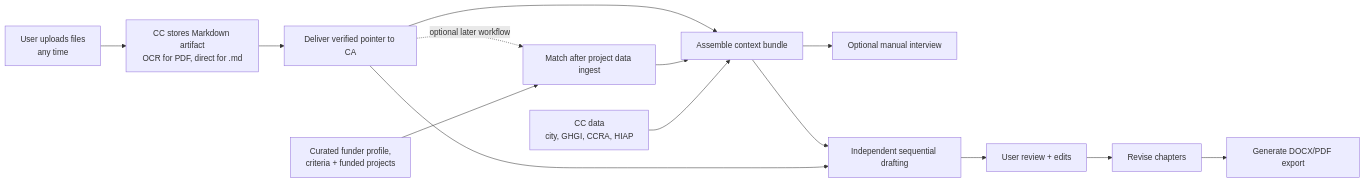
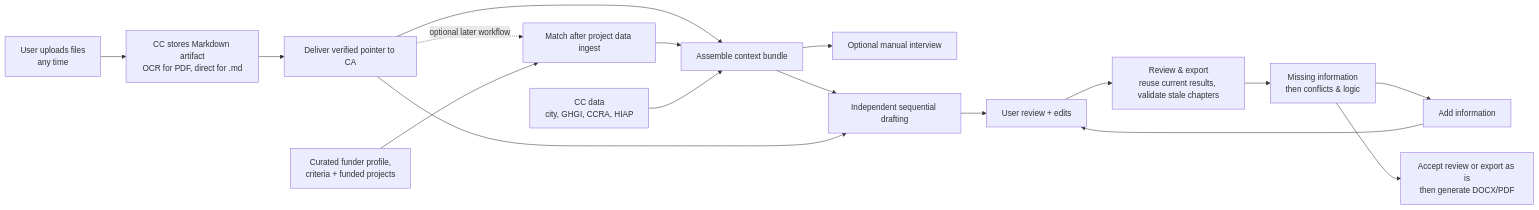
The second of 14 diagrams in docs/ConceptNoteBuilderArchitecture.md (Open-Earth-Foundation/CityCatalyst), drawn with Mermaid before and after one commit. The commit also changed other lines of this file and 42 other files, not shown here.

Commit message:
feat(cnb): add guided CityCatalyst review and export

````diff
--- a/docs/ConceptNoteBuilderArchitecture.md
+++ b/docs/ConceptNoteBuilderArchitecture.md
@@ -190,20 +197,23 @@
 ```mermaid
 flowchart LR
     Context["Assemble context bundle"]
     Context --> Interview["Optional manual interview"]
     Context --> Draft["Independent sequential drafting"]
     Draft --> Review["User review + edits"]
-    Review --> Revise["Revise chapters"]
-    Revise --> Export["Generate DOCX/PDF export"]
+    Review --> Validate["Review & export<br/>reuse current results, validate stale chapters"]
+    Validate --> Decision["Missing information<br/>then conflicts & logic"]
+    Decision --> Revise["Add information"]
+    Revise --> Review
+    Decision --> Export["Accept review or export as is<br/>then generate DOCX/PDF"]
 
     Upload["User uploads files<br/>any time"] --> Convert["CC stores Markdown artifact<br/>OCR for PDF, direct for .md"]
     Convert --> Ingest["Deliver verified pointer to CA"]
     Ingest --> Context
     Ingest --> Draft
 
     Ingest -. optional later workflow .-> Match["Match after project data ingest"]
     Research["Curated funder profile,<br/>criteria + funded projects"] --> Match
     Match --> Context
 
     CCData["CC data<br/>city, GHGI, CCRA, HIAP"] --> Context
 ```
````
